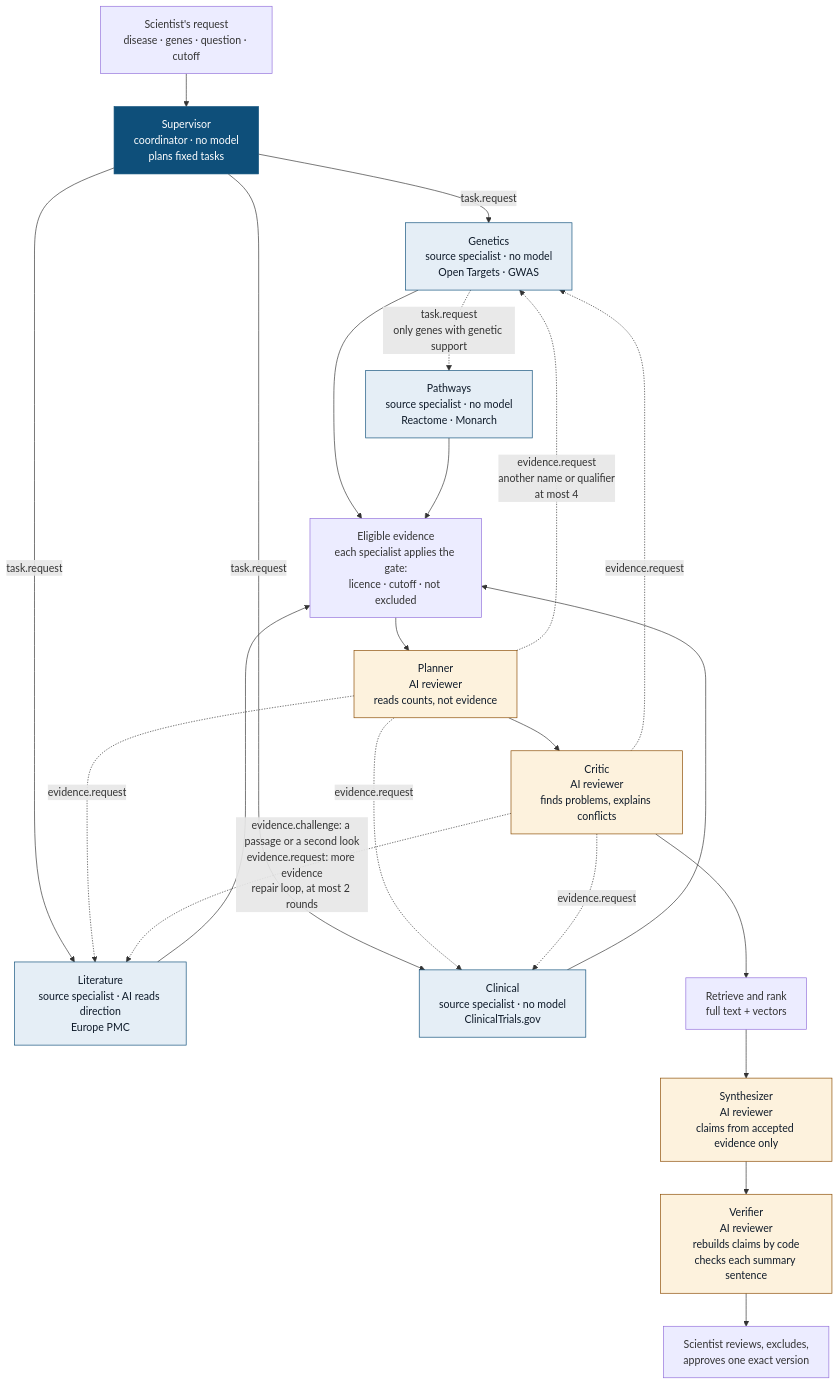
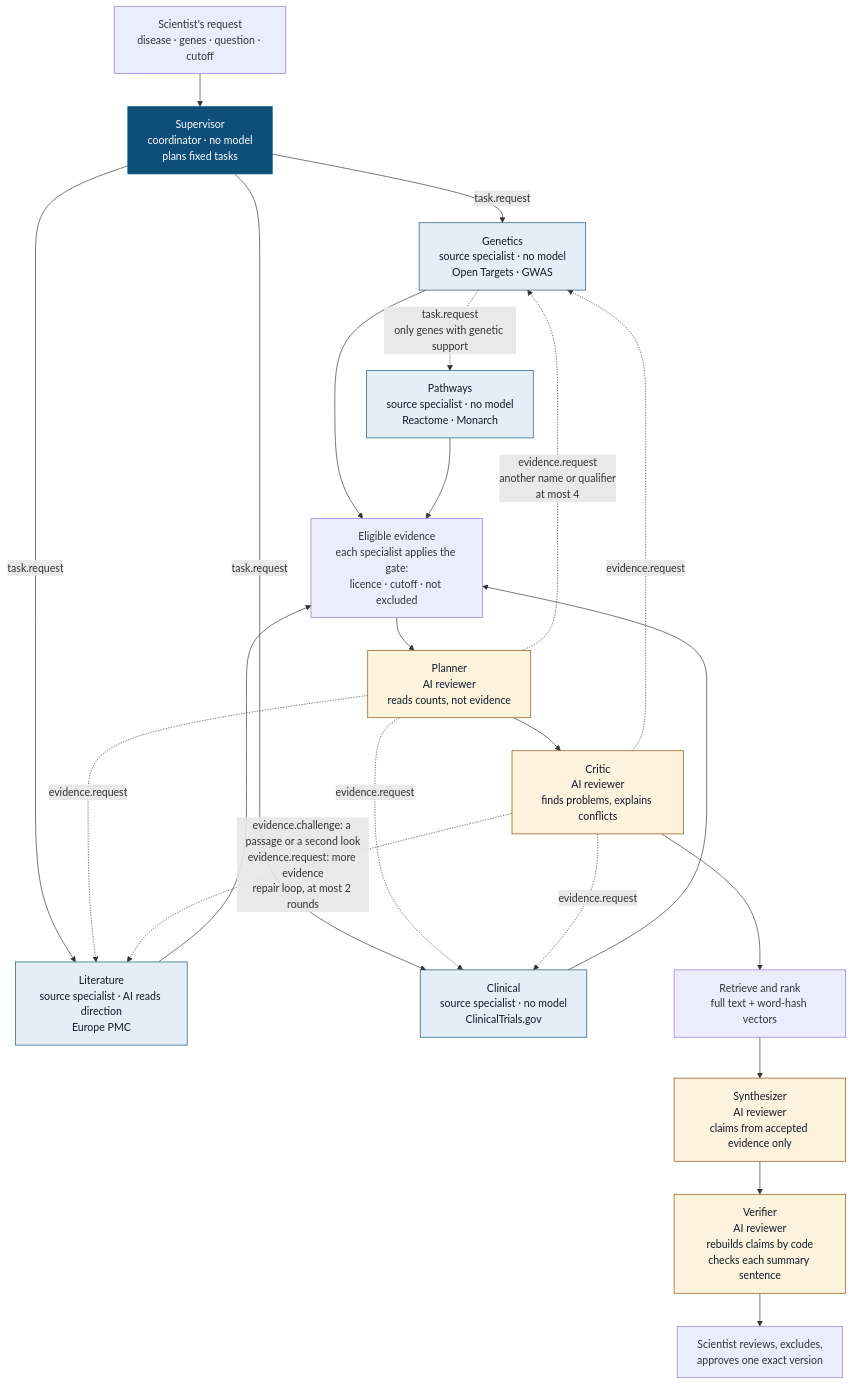
Before and after one commit to Tevaalgorithms/BioNexus-AI: the second of 2 diagrams in README.md, drawn with Mermaid. The commit also changed other lines of this file and 2 other files, not shown here.

Commit message:
Docs: say plainly that search vectors are word-count hashes, not semantic embeddings

````diff
--- a/README.md
+++ b/README.md
@@ -114,30 +114,30 @@
 ```mermaid
 flowchart TB
     REQ["Scientist's request<br/>disease · genes · question · cutoff"] --> SUP["Supervisor<br/>coordinator · no model<br/>plans fixed tasks"]
     SUP -- "task.request" --> GEN["Genetics<br/>source specialist · no model<br/>Open Targets · GWAS"]
     SUP -- "task.request" --> LIT["Literature<br/>source specialist · AI reads direction<br/>Europe PMC"]
     SUP -- "task.request" --> CLI["Clinical<br/>source specialist · no model<br/>ClinicalTrials.gov"]
     GEN -. "task.request<br/>only genes with genetic support" .-> PATH["Pathways<br/>source specialist · no model<br/>Reactome · Monarch"]
     GEN --> EV["Eligible evidence<br/>each specialist applies the gate:<br/>licence · cutoff · not excluded"]
     LIT --> EV
     CLI --> EV
     PATH --> EV
     EV --> PLAN["Planner<br/>AI reviewer<br/>reads counts, not evidence"]
     PLAN -. "evidence.request<br/>another name or qualifier<br/>at most 4" .-> GEN
     PLAN -. "evidence.request" .-> LIT
     PLAN -. "evidence.request" .-> CLI
     PLAN --> CRIT["Critic<br/>AI reviewer<br/>finds problems, explains conflicts"]
     CRIT -. "evidence.challenge: a passage or a second look<br/>evidence.request: more evidence<br/>repair loop, at most 2 rounds" .-> LIT
     CRIT -. "evidence.request" .-> GEN
     CRIT -. "evidence.request" .-> CLI
-    CRIT --> RANK["Retrieve and rank<br/>full text + vectors"]
+    CRIT --> RANK["Retrieve and rank<br/>full text + word-hash vectors"]
     RANK --> SYN["Synthesizer<br/>AI reviewer<br/>claims from accepted evidence only"]
     SYN --> VER["Verifier<br/>AI reviewer<br/>rebuilds claims by code<br/>checks each summary sentence"]
     VER --> REV["Scientist reviews, excludes,<br/>approves one exact version"]
     classDef coordinator fill:#0e4f7a,stroke:#0e4f7a,color:#ffffff
     classDef specialist fill:#e5eef6,stroke:#0e4f7a,color:#0f1b2a
     classDef reviewer fill:#fdf2dd,stroke:#8a4b00,color:#0f1b2a
     class SUP coordinator
     class GEN,LIT,CLI,PATH specialist
     class PLAN,CRIT,SYN,VER reviewer
 ```
````
